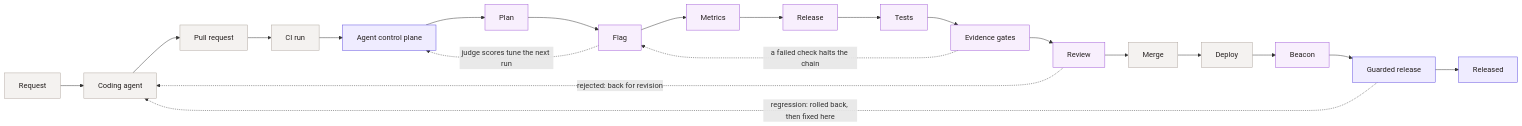
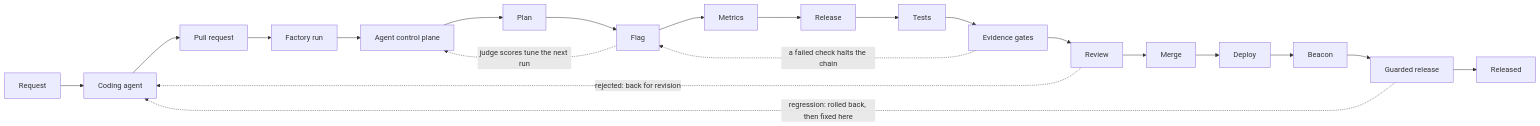
One commit to gyeutter-launchdarkly/factory-ecom-example changed the diagram in README.md. Above: the diagram before and after it, drawn with Mermaid. The commit also changed other lines of this file and 14 other files, not shown here.

````diff
--- a/README.md
+++ b/README.md
@@ -24,17 +24,11 @@
 ```mermaid
 flowchart LR
-  Request[Request] --> Agent[Coding agent] --> PR[Pull request] --> CI[CI run]
+  Request[Request] --> Agent[Coding agent] --> PR[Pull request] --> CI[Factory run]
   CI --> Control[Agent control plane]
   Control --> Plan --> Flag --> Metrics --> Release --> Tests --> Gates[Evidence gates] --> Review
   Review --> Merge --> Deploy --> Beacon --> Guarded[Guarded release] --> Released
   Gates -. "a failed check halts the chain" .-> Flag
   Flag -. "judge scores tune the next run" .-> Control
   Review -. "rejected: back for revision" .-> Agent
   Guarded -. "regression: rolled back, then fixed here" .-> Agent
-  classDef ld fill:#efecff,stroke:#5b4ae0,color:#241f1e
-  classDef af fill:#f8effd,stroke:#a05ad6,color:#241f1e
-  classDef ext fill:#f4f2f0,stroke:#b0a79f,color:#241f1e
-  class Control,Guarded,Released ld
-  class Plan,Flag,Metrics,Release,Tests,Gates,Review,Beacon af
-  class Request,Agent,PR,CI,Merge,Deploy ext
 ```
````
